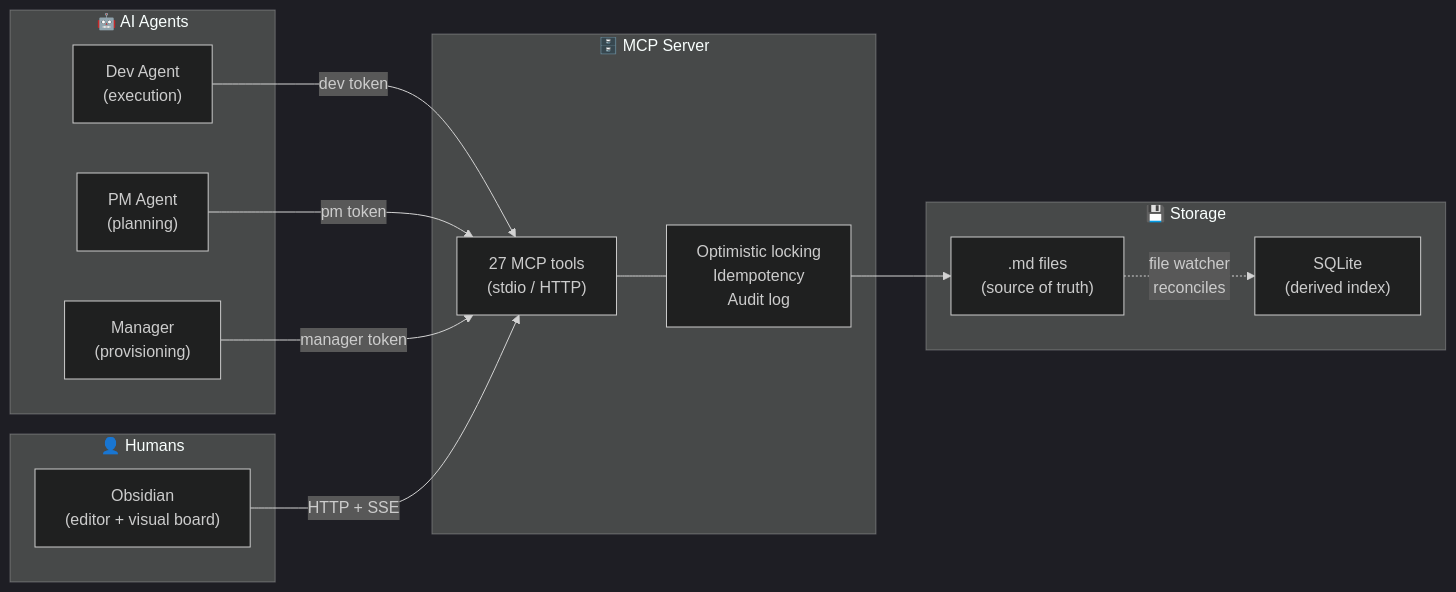
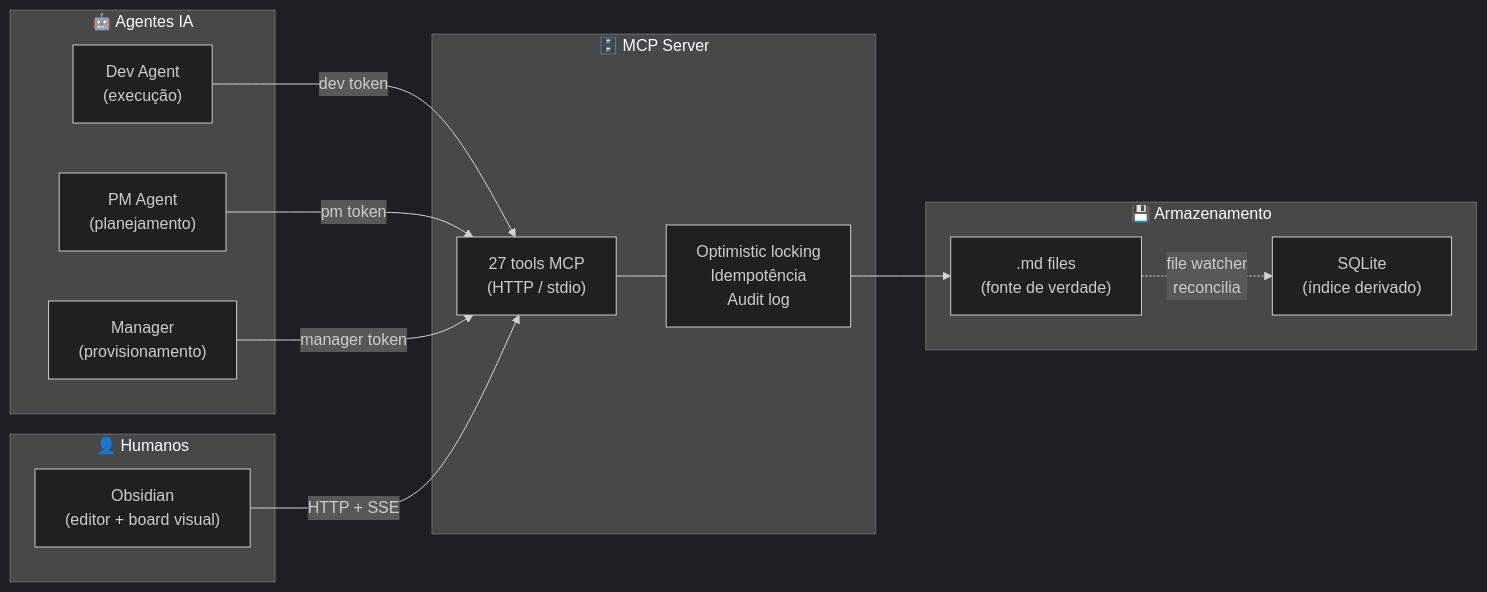
One commit to kauelopes/obsidianban changed the diagram in README.md. Above: the diagram before and after it, drawn with Mermaid (dark theme). The commit also changed other lines of this file and 61 other files, not shown here.

````diff
--- a/README.md
+++ b/README.md
@@ -28,30 +13,30 @@
 ```mermaid
 flowchart LR
-    subgraph Agents["🤖 AI Agents"]
-        DEV["Dev Agent\n(execution)"]
-        PM["PM Agent\n(planning)"]
-        MGR["Manager\n(provisioning)"]
+    subgraph Agents["🤖 Agentes IA"]
+        DEV["Dev Agent\n(execução)"]
+        PM["PM Agent\n(planejamento)"]
+        MGR["Manager\n(provisionamento)"]
     end
 
-    subgraph Humans["👤 Humans"]
-        OBS["Obsidian\n(editor + visual board)"]
+    subgraph Humans["👤 Humanos"]
+        OBS["Obsidian\n(editor + board visual)"]
     end
 
     subgraph Server["🗄️ MCP Server"]
-        MCP["27 MCP tools\n(stdio / HTTP)"]
-        LOCK["Optimistic locking\nIdempotency\nAudit log"]
+        MCP["27 tools MCP\n(HTTP / stdio)"]
+        LOCK["Optimistic locking\nIdempotência\nAudit log"]
     end
 
-    subgraph Storage["💾 Storage"]
-        MD[".md files\n(source of truth)"]
-        DB["SQLite\n(derived index)"]
+    subgraph Storage["💾 Armazenamento"]
+        MD[".md files\n(fonte de verdade)"]
+        DB["SQLite\n(índice derivado)"]
     end
 
     DEV -->|"dev token"| MCP
     PM -->|"pm token"| MCP
     MGR -->|"manager token"| MCP
     OBS -->|"HTTP + SSE"| MCP
     MCP --- LOCK
     LOCK --> MD
-    MD -.->|"file watcher\nreconciles"| DB
+    MD -.->|"file watcher\nreconcilia"| DB
 ```
````
